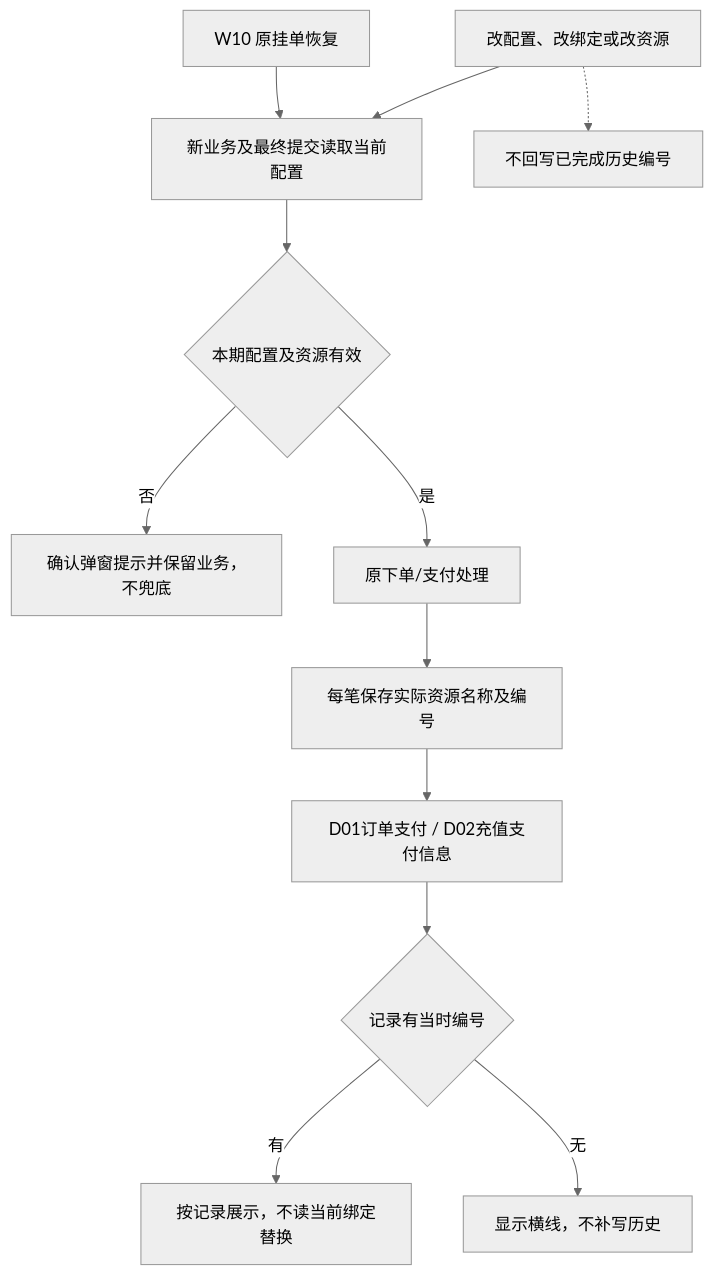
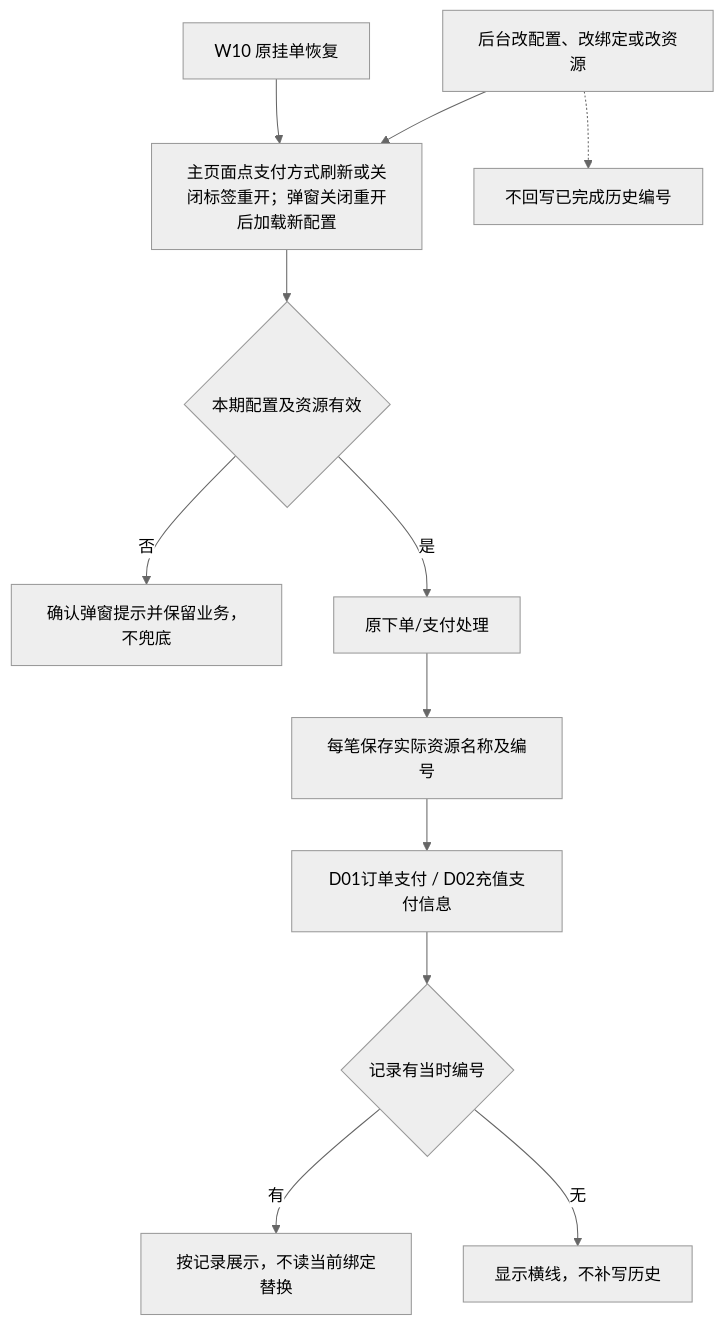
The eighth of 12 diagrams in dev-test-versions/2026-v3.6-payment-configuration-20261019/02-全程流程图.md (susantung/yanuoda), drawn with Mermaid (neutral theme) before and after one commit. The commit also changed other lines of this file and 1205 other files, not shown here.

````diff
--- a/dev-test-versions/2026-v3.6-payment-configuration-20261019/02-全程流程图.md
+++ b/dev-test-versions/2026-v3.6-payment-configuration-20261019/02-全程流程图.md
@@ -216,14 +218,14 @@
 ```mermaid
 flowchart TB
-  CHANGE[改配置、改绑定或改资源] --> RELOAD[新业务及最终提交读取当前配置]
+  CHANGE[后台改配置、改绑定或改资源] --> RELOAD[主页面点支付方式刷新或关闭标签重开；弹窗关闭重开后加载新配置]
   RESTORE[W10 原挂单恢复] --> RELOAD
   RELOAD --> VALID{本期配置及资源有效}
   VALID -->|否| ERROR[确认弹窗提示并保留业务，不兜底]
   VALID -->|是| ORIGINAL[原下单/支付处理]
   ORIGINAL --> SNAP[每笔保存实际资源名称及编号]
   SNAP --> DETAIL[D01订单支付 / D02充值支付信息]
   CHANGE -.-> HISTORY[不回写已完成历史编号]
   DETAIL --> OLD{记录有当时编号}
   OLD -->|有| SHOW[按记录展示，不读当前绑定替换]
   OLD -->|无| DASH[显示横线，不补写历史]
 ```
````
